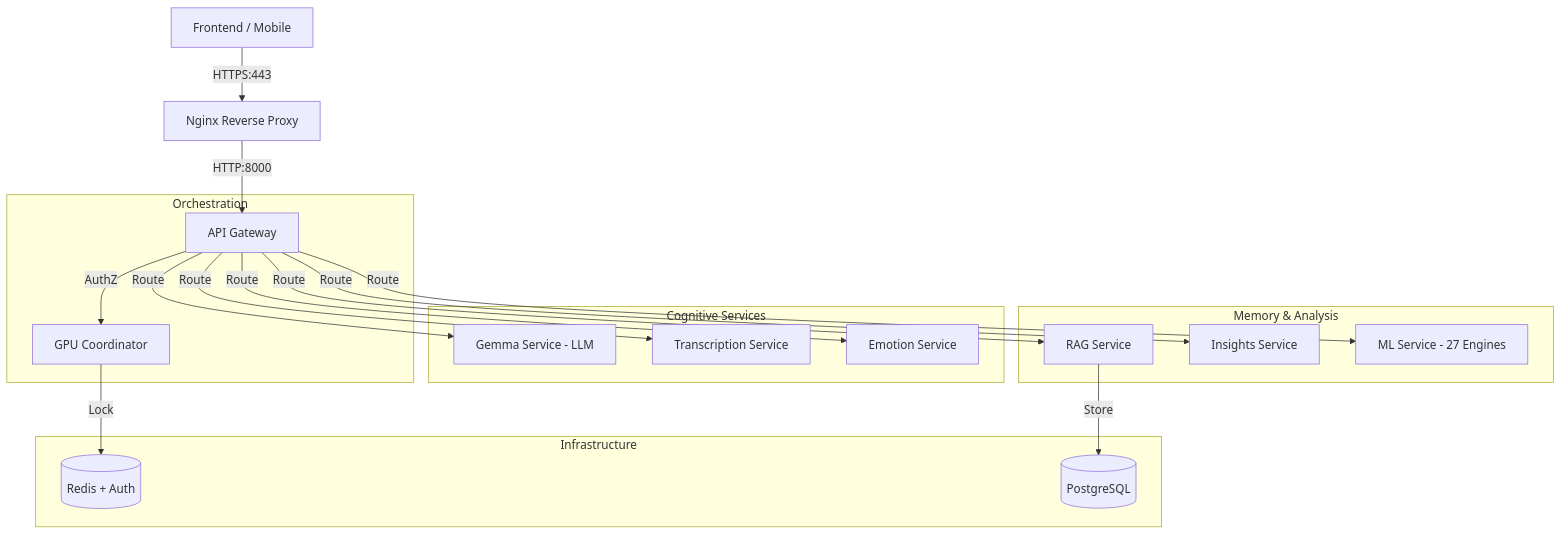
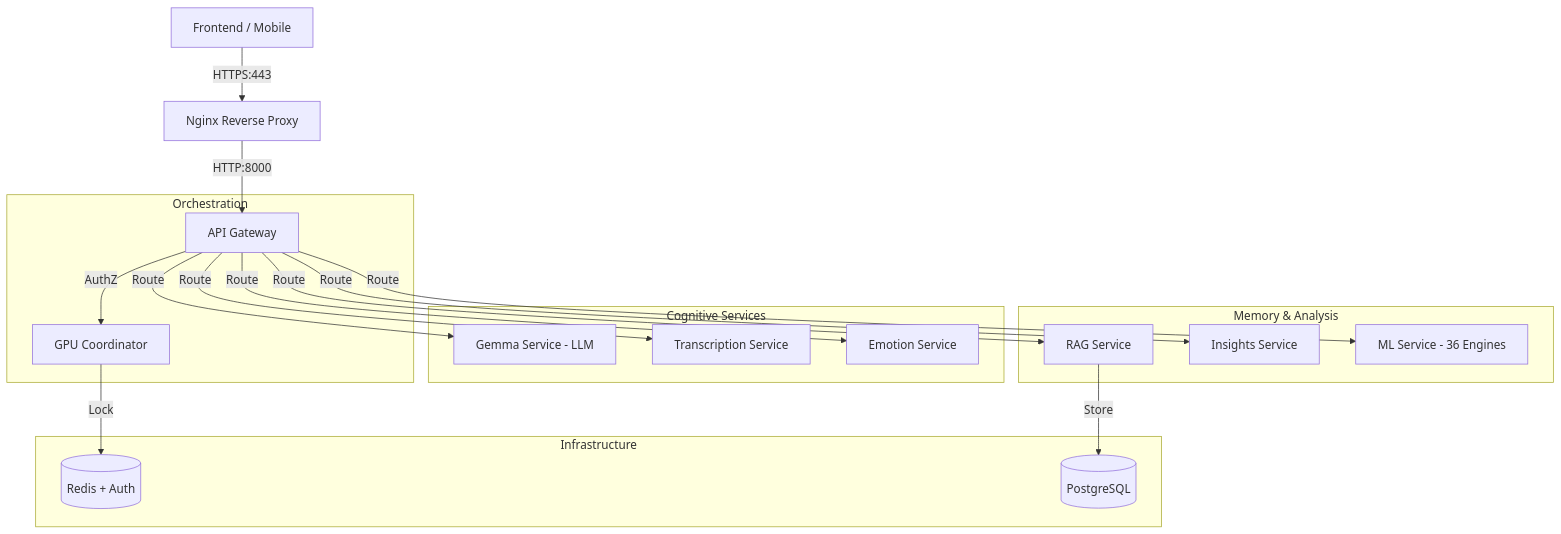
Before and after one commit to pruittcolon/Vox_Amelior: the first of 2 diagrams in docs/ARCHITECTURE.md, drawn with Mermaid. The commit also changed other lines of this file and 125 other files, not shown here.

Commit message:
chore: save work in progress - checkpointing all pending changes (bypassed missing architecture check)

````diff
--- a/docs/ARCHITECTURE.md
+++ b/docs/ARCHITECTURE.md
@@ -17,26 +17,26 @@
 ```mermaid
 graph TD
     Client[Frontend / Mobile] -->|HTTPS:443| Nginx[Nginx Reverse Proxy]
     Nginx -->|HTTP:8000| Gateway[API Gateway]
     
     subgraph "Orchestration"
         Gateway -->|AuthZ| Queue[GPU Coordinator]
     end
     
     subgraph "Cognitive Services"
         Gateway -->|Route| Gemma[Gemma Service - LLM]
         Gateway -->|Route| Transcribe[Transcription Service]
         Gateway -->|Route| Emotion[Emotion Service]
     end
     
     subgraph "Memory & Analysis"
         Gateway -->|Route| RAG[RAG Service]
         Gateway -->|Route| Insights[Insights Service]
-        Gateway -->|Route| ML[ML Service - 27 Engines]
+        Gateway -->|Route| ML[ML Service - 36 Engines]
     end
     
     subgraph "Infrastructure"
         Queue -->|Lock| Redis[(Redis + Auth)]
         RAG -->|Store| Postgres[(PostgreSQL)]
     end
 ```
````
